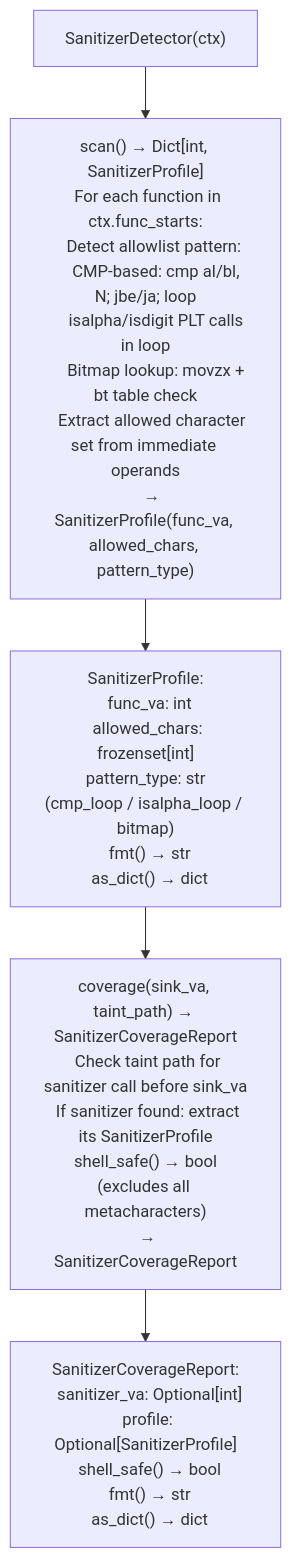
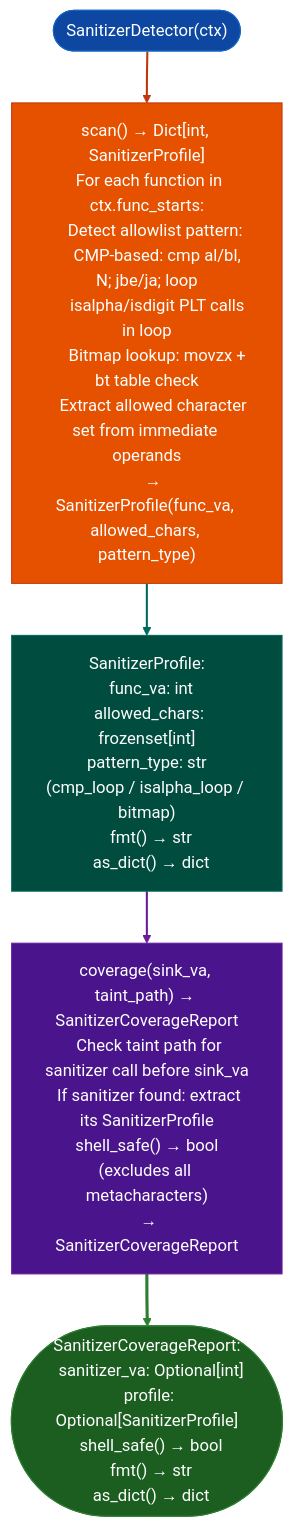
The diagram in docs/reference-modules/exploitability-context-checks.md (Ablation-Tool/ablation), drawn with Mermaid before and after one commit. The commit also changed 320 other files, not shown here.

First line of the commit message:
docs: apply canonical Mermaid template to all 321 diagrams

````diff
--- a/docs/reference-modules/exploitability-context-checks.md
+++ b/docs/reference-modules/exploitability-context-checks.md
@@ -19,7 +19,17 @@
 ```mermaid
 flowchart TD
-    A["SanitizerDetector(ctx)"] --> B["scan() → Dict[int, SanitizerProfile]\n  For each function in ctx.func_starts:\n    Detect allowlist pattern:\n      CMP-based: cmp al/bl, N; jbe/ja; loop\n      isalpha/isdigit PLT calls in loop\n      Bitmap lookup: movzx + bt table check\n    Extract allowed character set from immediate operands\n    → SanitizerProfile(func_va, allowed_chars, pattern_type)"]
-    B --> C["SanitizerProfile:\n  func_va: int\n  allowed_chars: frozenset[int]\n  pattern_type: str  (cmp_loop / isalpha_loop / bitmap)\n  fmt() → str\n  as_dict() → dict"]
-    C --> D["coverage(sink_va, taint_path) → SanitizerCoverageReport\n  Check taint path for sanitizer call before sink_va\n  If sanitizer found: extract its SanitizerProfile\n  shell_safe() → bool  (excludes all metacharacters)\n  → SanitizerCoverageReport"]
-    D --> E["SanitizerCoverageReport:\n  sanitizer_va: Optional[int]\n  profile: Optional[SanitizerProfile]\n  shell_safe() → bool\n  fmt() → str\n  as_dict() → dict"]
+    A(["SanitizerDetector(ctx)"]):::input --> B["scan() → Dict[int, SanitizerProfile]\n  For each function in ctx.func_starts:\n    Detect allowlist pattern:\n      CMP-based: cmp al/bl, N; jbe/ja; loop\n      isalpha/isdigit PLT calls in loop\n      Bitmap lookup: movzx + bt table check\n    Extract allowed character set from immediate operands\n    → SanitizerProfile(func_va, allowed_chars, pattern_type)"]:::primary
+    B:::primary --> C["SanitizerProfile:\n  func_va: int\n  allowed_chars: frozenset[int]\n  pattern_type: str  (cmp_loop / isalpha_loop / bitmap)\n  fmt() → str\n  as_dict() → dict"]:::secondary
+    C:::secondary --> D["coverage(sink_va, taint_path) → SanitizerCoverageReport\n  Check taint path for sanitizer call before sink_va\n  If sanitizer found: extract its SanitizerProfile\n  shell_safe() → bool  (excludes all metacharacters)\n  → SanitizerCoverageReport"]:::tertiary
+    D:::tertiary --> E(["SanitizerCoverageReport:\n  sanitizer_va: Optional[int]\n  profile: Optional[SanitizerProfile]\n  shell_safe() → bool\n  fmt() → str\n  as_dict() → dict"]):::output
+    classDef input     fill:#0d47a1,stroke:#1565c0,color:#fff
+    classDef primary   fill:#e65100,stroke:#bf360c,color:#fff
+    classDef secondary fill:#004d40,stroke:#00695c,color:#fff
+    classDef tertiary  fill:#4a148c,stroke:#6a1b9a,color:#fff
+    classDef neutral   fill:#37474f,stroke:#546e7a,color:#fff
+    classDef output    fill:#1b5e20,stroke:#2e7d32,color:#fff
+    linkStyle 0 stroke:#bf360c,stroke-width:2px
+    linkStyle 1 stroke:#00695c,stroke-width:2px
+    linkStyle 2 stroke:#6a1b9a,stroke-width:2px
+    linkStyle 3 stroke:#2e7d32,stroke-width:3px
 ```
````
